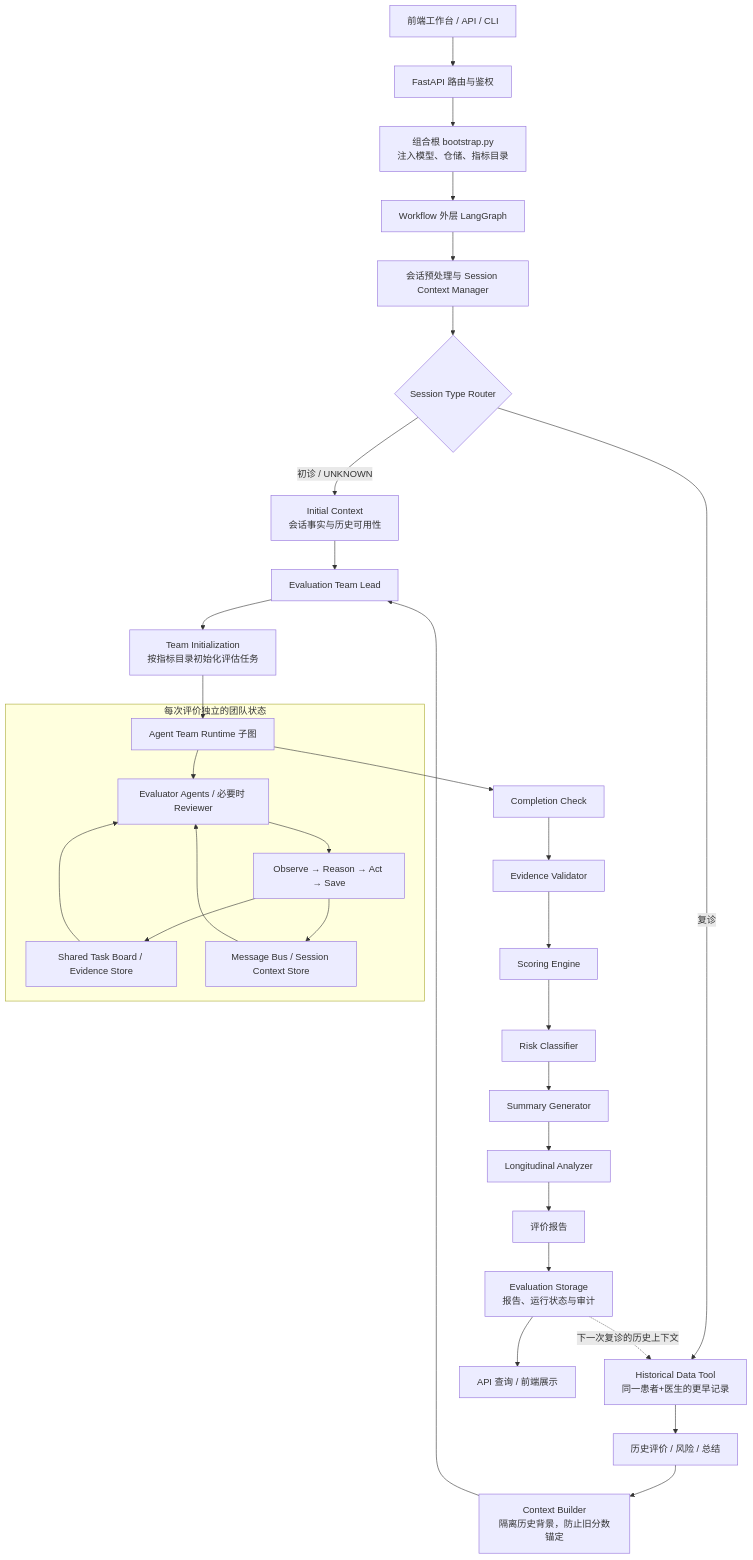
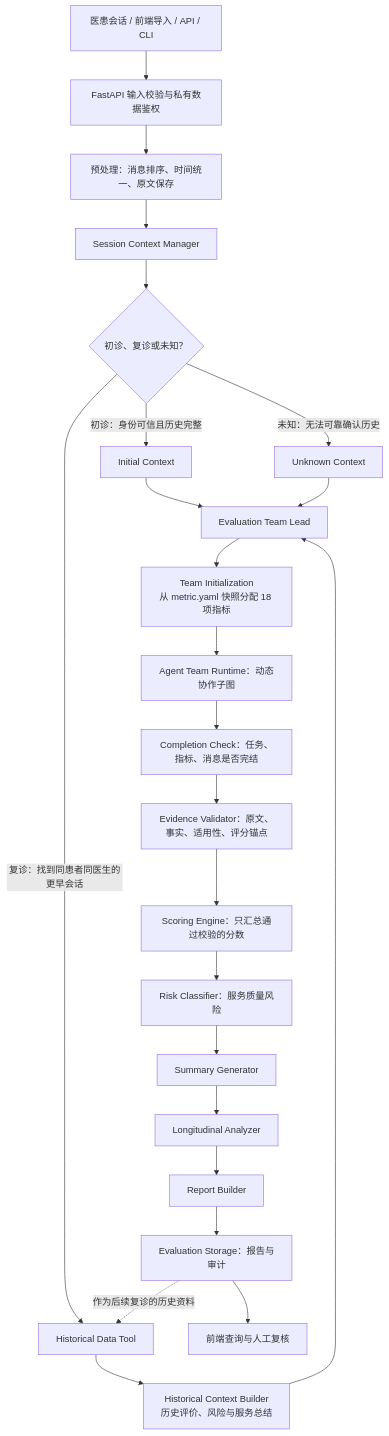
The first of 2 diagrams in docs/PROJECT_ARCHITECTURE.md (poxuxuxux/Online-psychological-counseling-platform-doctor-service-quality-monitoring-agent), drawn with Mermaid before and after one commit. The commit also changed other lines of this file, not shown here.

Commit message:
docs: redraw agent evaluation architecture

````diff
--- a/docs/PROJECT_ARCHITECTURE.md
+++ b/docs/PROJECT_ARCHITECTURE.md
@@ -7,34 +7,26 @@
 ```mermaid
 flowchart TD
-    A[前端工作台 / API / CLI] --> B[FastAPI 路由与鉴权]
-    B --> C[组合根 bootstrap.py<br/>注入模型、仓储、指标目录]
-    C --> D[Workflow 外层 LangGraph]
-    D --> E[会话预处理与 Session Context Manager]
-    E --> F{Session Type Router}
-    F -->|初诊 / UNKNOWN| G[Initial Context<br/>会话事实与历史可用性]
-    F -->|复诊| H[Historical Data Tool<br/>同一患者+医生的更早记录]
-    H --> I[历史评价 / 风险 / 总结]
-    I --> J[Context Builder<br/>隔离历史背景，防止旧分数锚定]
-    G --> K[Evaluation Team Lead]
-    J --> K
-    K --> L[Team Initialization<br/>按指标目录初始化评估任务]
-    L --> M[Agent Team Runtime 子图]
-    subgraph Team[每次评价独立的团队状态]
-      M --> N[Evaluator Agents / 必要时 Reviewer]
-      N --> O[Observe → Reason → Act → Save]
-      O --> P[Shared Task Board / Evidence Store]
-      O --> Q[Message Bus / Session Context Store]
-      P --> N
-      Q --> N
-    end
-    M --> R[Completion Check]
-    R --> S[Evidence Validator]
-    S --> T[Scoring Engine]
-    T --> U[Risk Classifier]
-    U --> V[Summary Generator]
-    V --> W[Longitudinal Analyzer]
-    W --> X[评价报告]
-    X --> Y[Evaluation Storage<br/>报告、运行状态与审计]
-    Y -. 下一次复诊的历史上下文 .-> H
-    Y --> Z[API 查询 / 前端展示]
+    A[医患会话 / 前端导入 / API / CLI] --> B[FastAPI 输入校验与私有数据鉴权]
+    B --> C[预处理：消息排序、时间统一、原文保存]
+    C --> D[Session Context Manager]
+    D --> E{初诊、复诊或未知？}
+    E -->|初诊：身份可信且历史完整| F[Initial Context]
+    E -->|复诊：找到同患者同医生的更早会话| G[Historical Data Tool]
+    E -->|未知：无法可靠确认历史| H[Unknown Context]
+    G --> I[Historical Context Builder<br/>历史评价、风险与服务总结]
+    F --> J[Evaluation Team Lead]
+    H --> J
+    I --> J
+    J --> K[Team Initialization<br/>从 metric.yaml 快照分配 18 项指标]
+    K --> L[Agent Team Runtime：动态协作子图]
+    L --> M[Completion Check：任务、指标、消息是否完结]
+    M --> N[Evidence Validator：原文、事实、适用性、评分锚点]
+    N --> O[Scoring Engine：只汇总通过校验的分数]
+    O --> P[Risk Classifier：服务质量风险]
+    P --> Q[Summary Generator]
+    Q --> R[Longitudinal Analyzer]
+    R --> S[Report Builder]
+    S --> T[Evaluation Storage：报告与审计]
+    T --> U[前端查询与人工复核]
+    T -. 作为后续复诊的历史资料 .-> G
 ```
````
